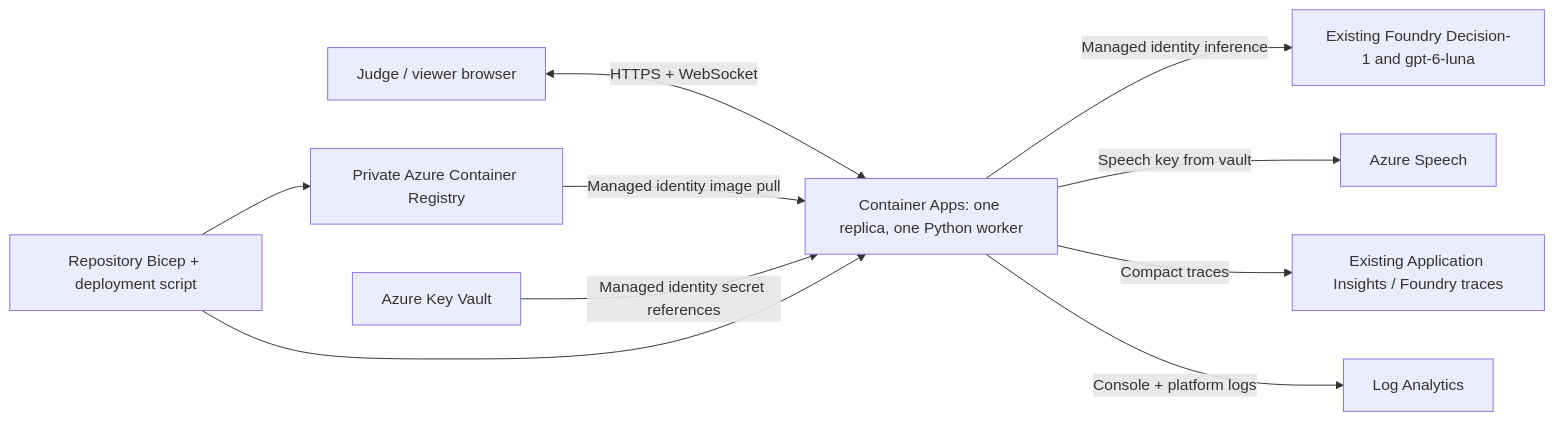
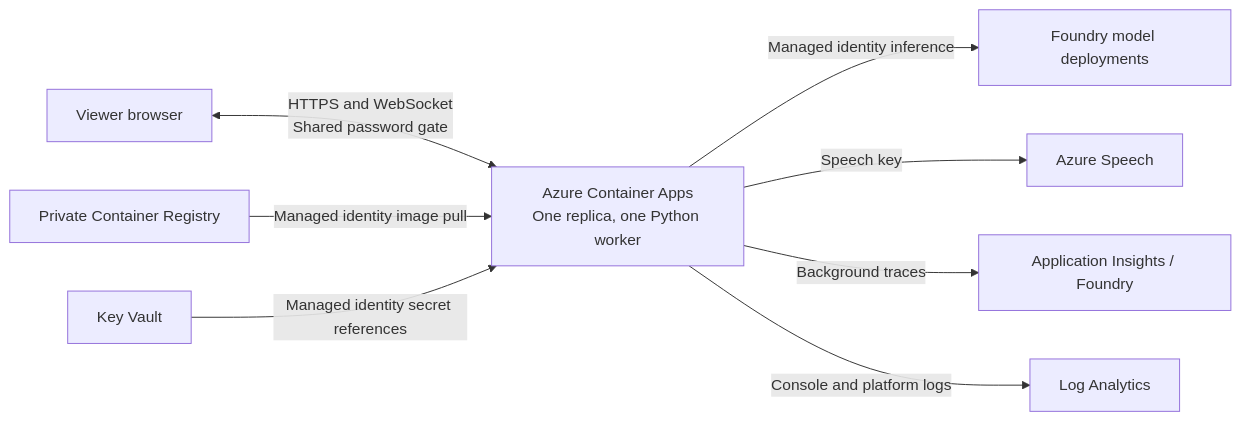
One commit to shantanu1singh/matchos changed the fourth of 4 diagrams in ARCHITECTURE.md. Above: the diagram before and after it, drawn with Mermaid. The commit also changed other lines of this file and 1 other file, not shown here.

````diff
--- a/ARCHITECTURE.md
+++ b/ARCHITECTURE.md
@@ -206,12 +162,10 @@
 ```mermaid
 flowchart LR
-    Browser[Judge / viewer browser] <-->|HTTPS + WebSocket| App[Container Apps: one replica, one Python worker]
-    Registry[Private Azure Container Registry] -->|Managed identity image pull| App
-    Vault[Azure Key Vault] -->|Managed identity secret references| App
-    App -->|Managed identity inference| Models[Existing Foundry Decision-1 and gpt-6-luna]
-    App -->|Speech key from vault| Speech[Azure Speech]
-    App -->|Compact traces| Insights[Existing Application Insights / Foundry traces]
-    App -->|Console + platform logs| Logs[Log Analytics]
-    Bicep[Repository Bicep + deployment script] --> Registry
-    Bicep --> App
+    Browser["Viewer browser"] <-->|"HTTPS and WebSocket<br/>Shared password gate"| App["Azure Container Apps<br/>One replica, one Python worker"]
+    ACR["Private Container Registry"] -->|"Managed identity image pull"| App
+    Vault["Key Vault"] -->|"Managed identity secret references"| App
+    App -->|"Managed identity inference"| Models["Foundry model deployments"]
+    App -->|"Speech key"| Speech["Azure Speech"]
+    App -->|"Background traces"| Insights["Application Insights / Foundry"]
+    App -->|"Console and platform logs"| Logs["Log Analytics"]
 ```
````
